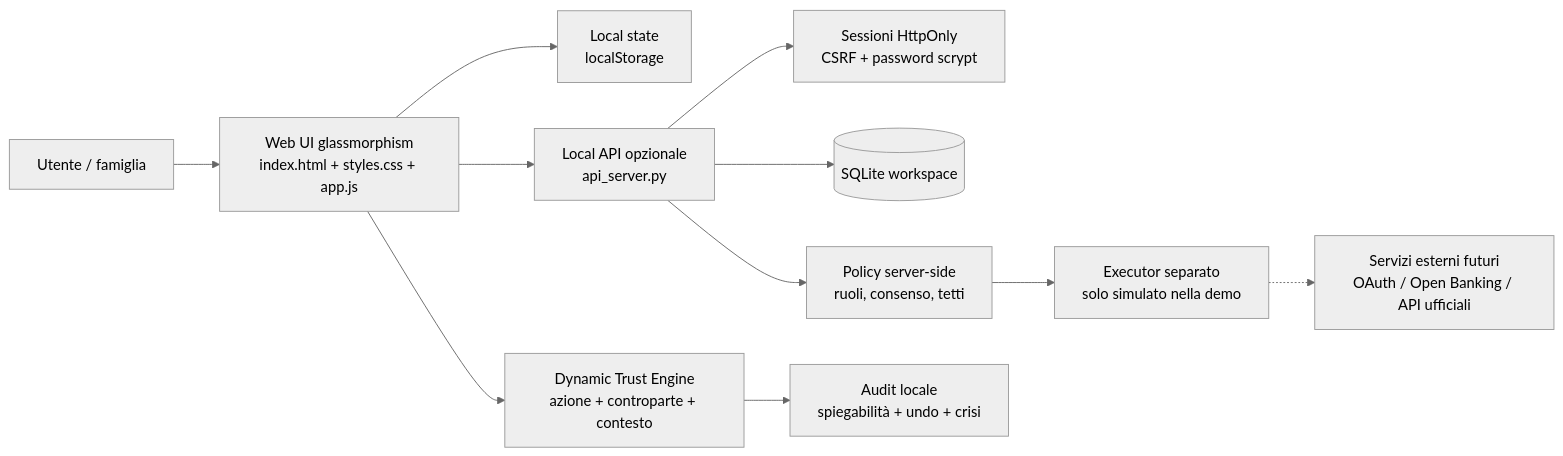
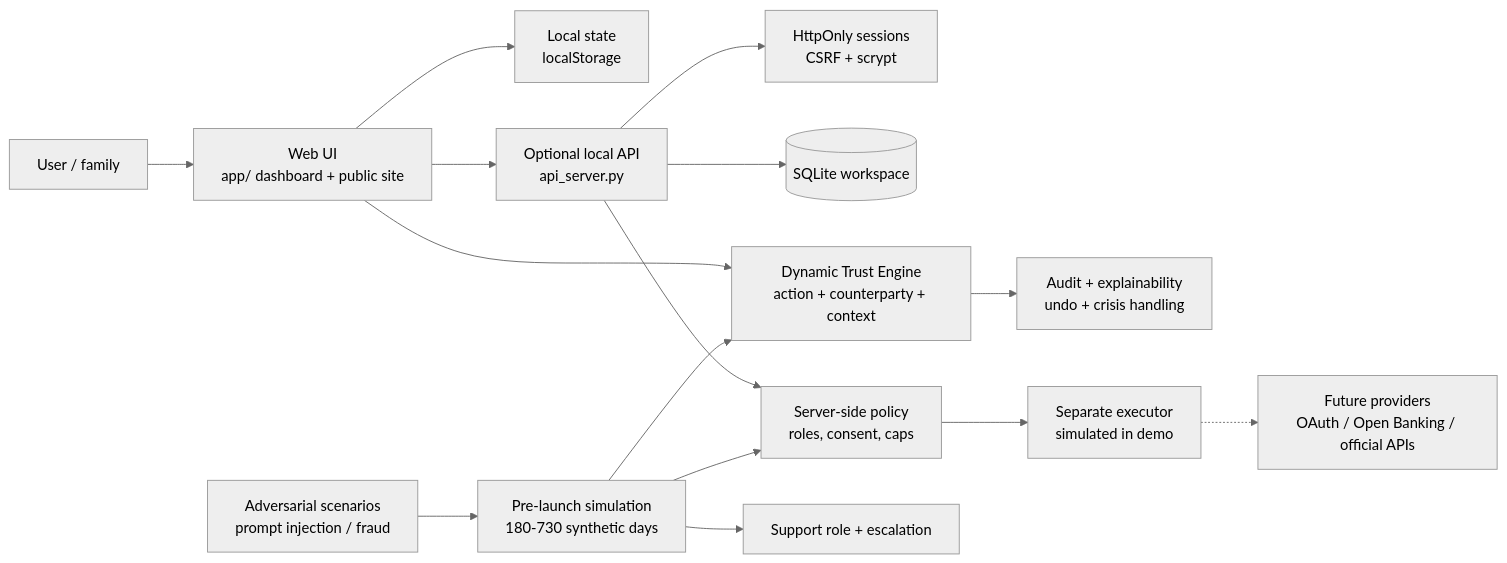
One commit to mareknardella-lgtm/everyday-agent changed the diagram in ARCHITECTURE.md. Above: the diagram before and after it, drawn with Mermaid (neutral theme). The commit also changed other lines of this file and 32 other files, not shown here.

````diff
--- a/ARCHITECTURE.md
+++ b/ARCHITECTURE.md
@@ -3,13 +3,17 @@
 ```mermaid
 flowchart LR
-  U[Utente / famiglia] --> UI[Web UI glassmorphism\nindex.html + styles.css + app.js]
+  U[User / family] --> UI[Web UI\napp/ dashboard + public site]
   UI --> LOCAL[Local state\nlocalStorage]
-  UI --> API[Local API opzionale\napi_server.py]
-  API --> AUTH[Sessioni HttpOnly\nCSRF + password scrypt]
+  UI --> API[Optional local API\napi_server.py]
+  API --> AUTH[HttpOnly sessions\nCSRF + scrypt]
   API --> DB[(SQLite workspace)]
-  API --> POLICY[Policy server-side\nruoli, consenso, tetti]
-  UI --> TRUST[Dynamic Trust Engine\nazione + controparte + contesto]
-  TRUST --> AUDIT[Audit locale\nspiegabilità + undo + crisi]
-  POLICY --> EXEC[Executor separato\nsolo simulato nella demo]
-  EXEC -.-> EXT[Servizi esterni futuri\nOAuth / Open Banking / API ufficiali]
+  API --> POLICY[Server-side policy\nroles, consent, caps]
+  UI --> TRUST[Dynamic Trust Engine\naction + counterparty + context]
+  TRUST --> AUDIT[Audit + explainability\nundo + crisis handling]
+  POLICY --> EXEC[Separate executor\nsimulated in demo]
+  EXEC -.-> EXT[Future providers\nOAuth / Open Banking / official APIs]
+  LAB[Pre-launch simulation\n180-730 synthetic days] --> TRUST
+  LAB --> POLICY
+  LAB --> SUPPORT[Support role + escalation]
+  ADV[Adversarial scenarios\nprompt injection / fraud] --> LAB
 ```
````
